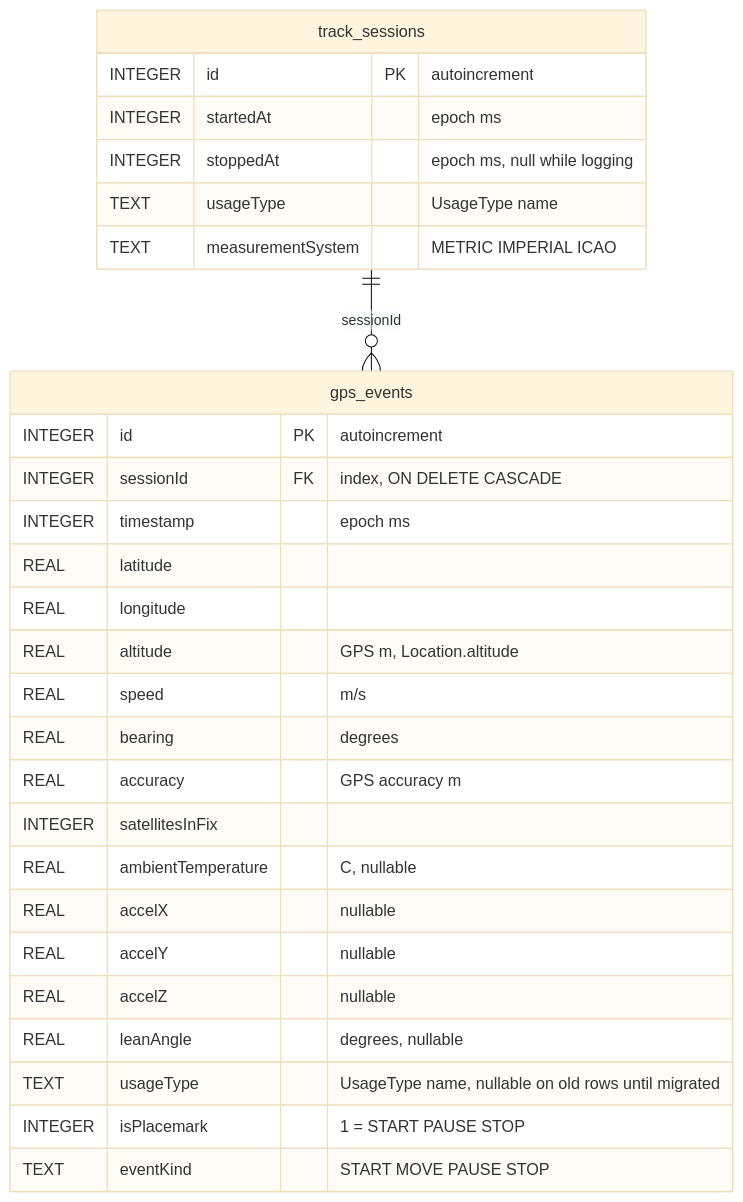
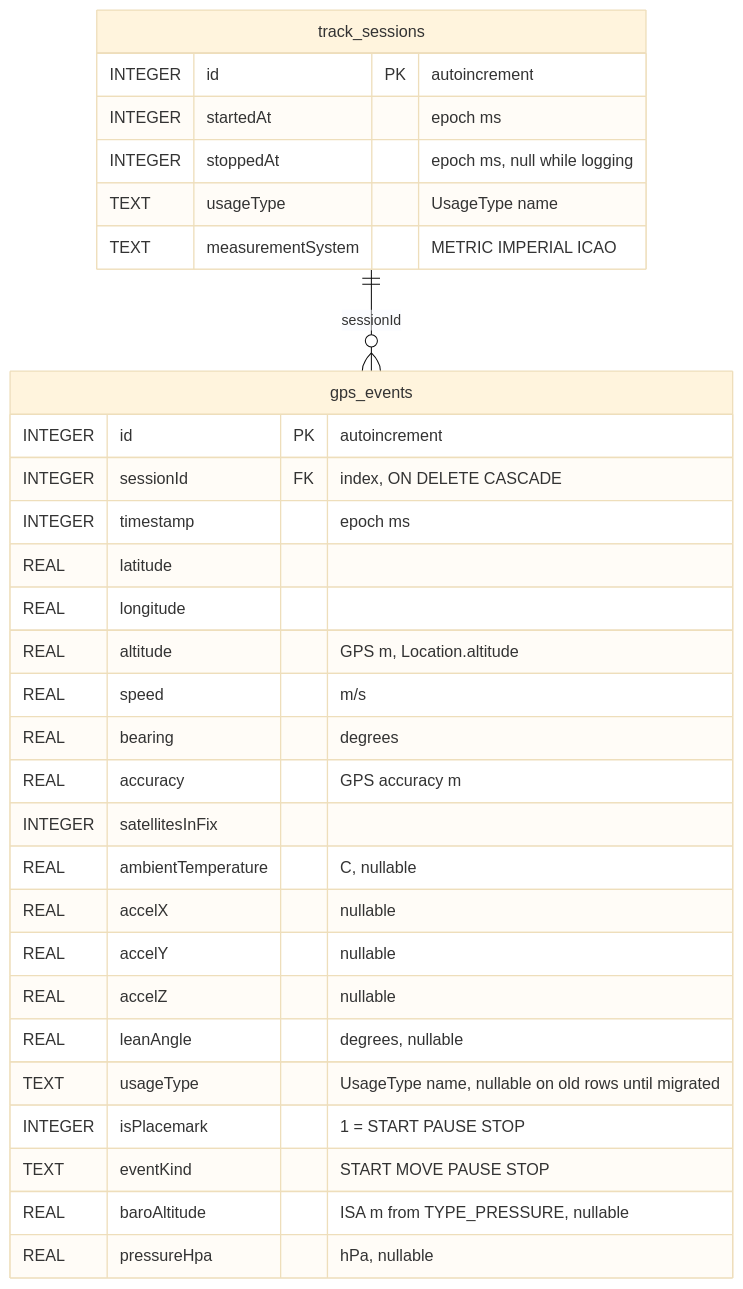
Before and after one commit to lkovari/gtl: the diagram in docs/DBSTRUCT-en.md, drawn with Mermaid (base theme). The commit also changed other lines of this file and 47 other files, not shown here.

Commit message:
feat: - Start / Pause / Stop sit on the stored line - Details: UTC datetime, temp=, lon, lat, Altitude, Baro - Pause: Speed, duration, distance; Stop: Avg. Speed, Max speed, duration, distance - temp=N/A if no sensor; units from Settings - Map HUD, GPX 1.1, elevation profile, compass, baro

````diff
--- a/docs/DBSTRUCT-en.md
+++ b/docs/DBSTRUCT-en.md
@@ -8,33 +8,35 @@
 ```mermaid
 erDiagram
     track_sessions ||--o{ gps_events : "sessionId"
 
     track_sessions {
         INTEGER id PK "autoincrement"
         INTEGER startedAt "epoch ms"
         INTEGER stoppedAt "epoch ms, null while logging"
         TEXT usageType "UsageType name"
         TEXT measurementSystem "METRIC IMPERIAL ICAO"
     }
 
     gps_events {
         INTEGER id PK "autoincrement"
         INTEGER sessionId FK "index, ON DELETE CASCADE"
         INTEGER timestamp "epoch ms"
         REAL latitude
         REAL longitude
         REAL altitude "GPS m, Location.altitude"
         REAL speed "m/s"
         REAL bearing "degrees"
         REAL accuracy "GPS accuracy m"
         INTEGER satellitesInFix
         REAL ambientTemperature "C, nullable"
         REAL accelX "nullable"
         REAL accelY "nullable"
         REAL accelZ "nullable"
         REAL leanAngle "degrees, nullable"
         TEXT usageType "UsageType name, nullable on old rows until migrated"
         INTEGER isPlacemark "1 = START PAUSE STOP"
         TEXT eventKind "START MOVE PAUSE STOP"
+        REAL baroAltitude "ISA m from TYPE_PRESSURE, nullable"
+        REAL pressureHpa "hPa, nullable"
     }
 ```
````
